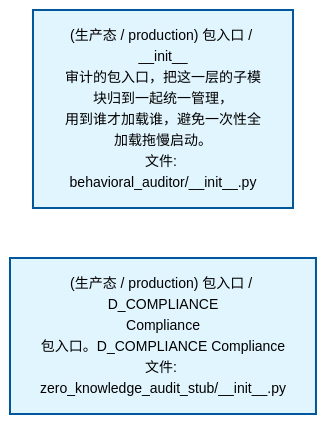
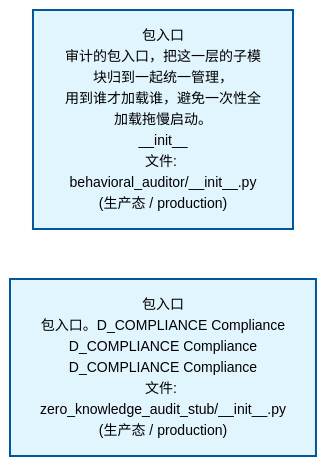
Before and after one commit to xuanFelixVan/ZephyrAlpha: the second of 4 diagrams in docs/02_enterprise_architecture/02_domain_architecture_docs/38_d_compliance.md, drawn with Mermaid. The commit also changed other lines of this file and 62 other files, not shown here.

````diff
--- a/docs/02_enterprise_architecture/02_domain_architecture_docs/38_d_compliance.md
+++ b/docs/02_enterprise_architecture/02_domain_architecture_docs/38_d_compliance.md
@@ -92,12 +92,12 @@
 ```mermaid
 %%{init: {'theme': 'base', 'themeVariables': {'primaryColor': '#eaeaea', 'primaryTextColor': '#333333', 'primaryBorderColor': '#666666', 'lineColor': '#666666', 'secondaryColor': '#eaeaea', 'tertiaryColor': '#eaeaea', 'fontSize': '14px'}}}%%
 flowchart TD
-    src_zephyr_compliance_behavioral_auditor_init_py["(生产态 / production) 包入口 / __init__<br/>审计的包入口，把这一层的子模块归到一起统一管理，<br/>用到谁才加载谁，避免一次性全加载拖慢启动。<br/>文件: behavioral_auditor/__init__.py"]
-    src_zephyr_compliance_zero_knowledge_audit_stub_init_py["(生产态 / production) 包入口 / D_COMPLIANCE<br/>Compliance<br/>包入口。D_COMPLIANCE Compliance<br/>文件: zero_knowledge_audit_stub/__init__.py"]
+    src_zephyr_compliance_behavioral_auditor_init_py["包入口<br/>审计的包入口，把这一层的子模块归到一起统一管理，<br/>用到谁才加载谁，避免一次性全加载拖慢启动。<br/>__init__<br/>文件: behavioral_auditor/__init__.py<br/>(生产态 / production)"]
+    src_zephyr_compliance_zero_knowledge_audit_stub_init_py["包入口<br/>包入口。D_COMPLIANCE Compliance<br/>D_COMPLIANCE Compliance<br/>D_COMPLIANCE Compliance<br/>文件: zero_knowledge_audit_stub/__init__.py<br/>(生产态 / production)"]
     src_zephyr_compliance_behavioral_auditor_init_py ~~~ src_zephyr_compliance_zero_knowledge_audit_stub_init_py
     classDef production fill:#e1f5fe,stroke:#01579b,stroke-width:2px,color:#000
     classDef design fill:#fff3e0,stroke:#e65100,stroke-width:2px,color:#000,stroke-dasharray: 5 5
     classDef external_prod fill:#e8f4fd,stroke:#0277bd,stroke-width:1px,color:#000
     classDef external_design fill:#fff8e7,stroke:#ef6c00,stroke-width:1px,color:#000,stroke-dasharray: 5 5
     class src_zephyr_compliance_behavioral_auditor_init_py,src_zephyr_compliance_zero_knowledge_audit_stub_init_py production
 ```
````
